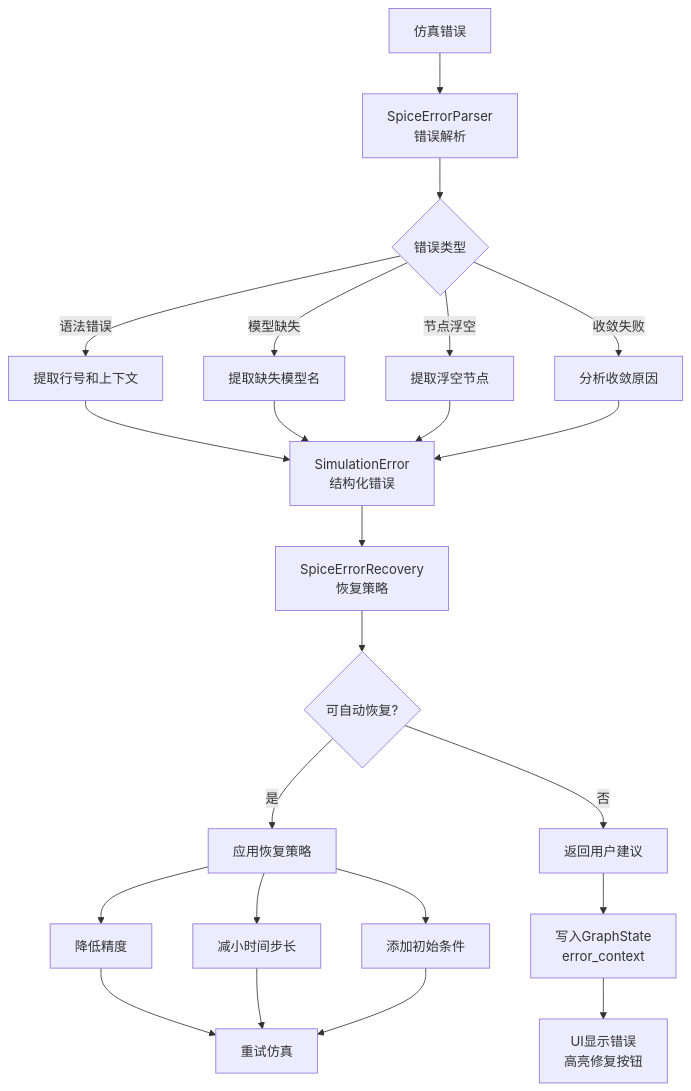
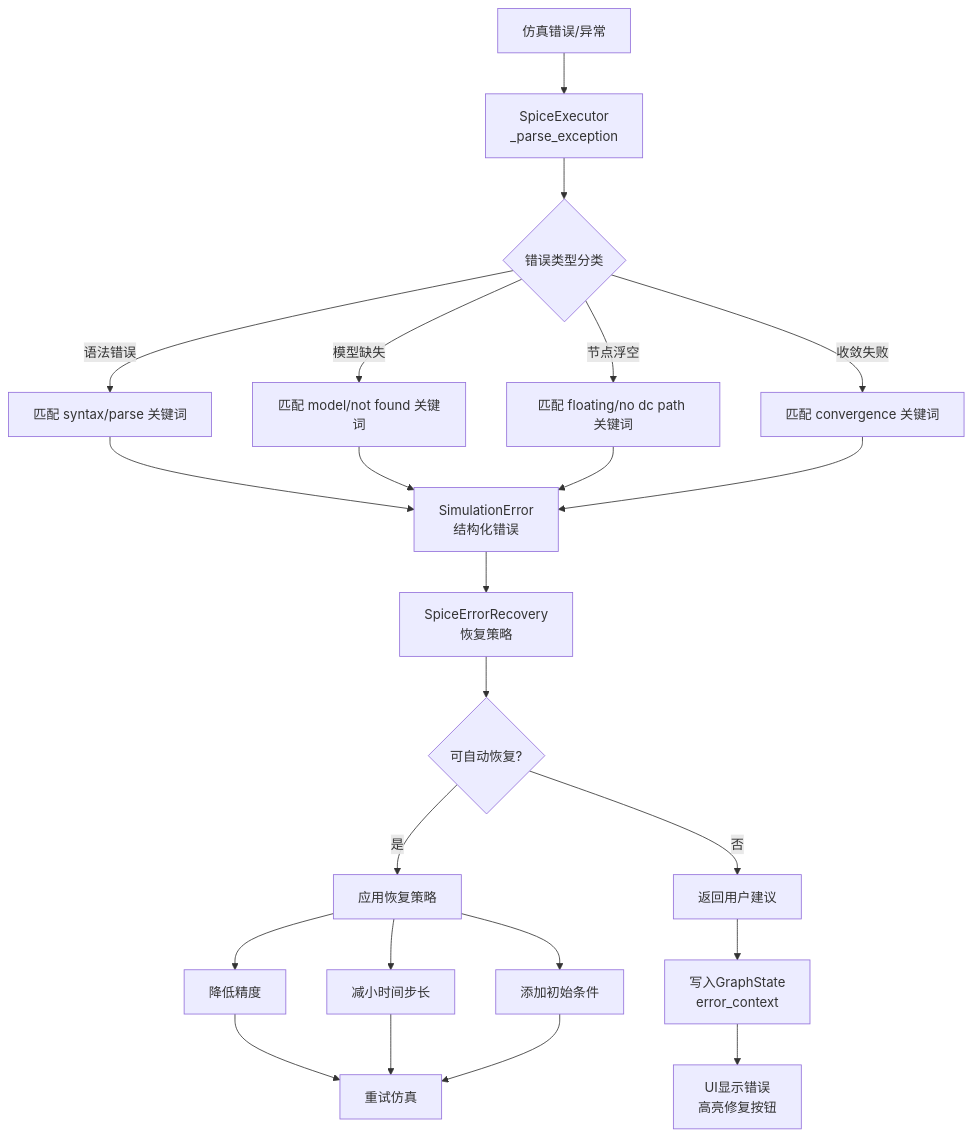
One commit to Wendystar0628/Circuit-Design-AI-Assistant changed diagram 29 of 43 in 开发阶段/项目架构图.md. Above: the diagram before and after it, drawn with Mermaid. The commit also changed other lines of this file and 2 other files, not shown here.

Commit message:
refactor: integrate error parsing into SpiceExecutor, remove SpiceErrorParser design

````diff
--- a/开发阶段/项目架构图.md
+++ b/开发阶段/项目架构图.md
@@ -1482,34 +1482,34 @@
 ```mermaid
 flowchart TB
-    ERROR[仿真错误] --> PARSE[SpiceErrorParser<br/>错误解析]
+    ERROR[仿真错误/异常] --> PARSE[SpiceExecutor<br/>_parse_exception]
     
-    PARSE --> TYPE{错误类型}
+    PARSE --> TYPE{错误类型分类}
     
-    TYPE -->|语法错误| SYN[提取行号和上下文]
-    TYPE -->|模型缺失| MOD[提取缺失模型名]
-    TYPE -->|节点浮空| NODE[提取浮空节点]
-    TYPE -->|收敛失败| CONV[分析收敛原因]
+    TYPE -->|语法错误| SYN[匹配 syntax/parse 关键词]
+    TYPE -->|模型缺失| MOD[匹配 model/not found 关键词]
+    TYPE -->|节点浮空| NODE[匹配 floating/no dc path 关键词]
+    TYPE -->|收敛失败| CONV[匹配 convergence 关键词]
     
     SYN --> SE[SimulationError<br/>结构化错误]
     MOD --> SE
     NODE --> SE
     CONV --> SE
     
     SE --> REC[SpiceErrorRecovery<br/>恢复策略]
     
     REC --> CHECK{可自动恢复?}
     
     CHECK -->|是| AUTO[应用恢复策略]
     CHECK -->|否| USER[返回用户建议]
     
     AUTO --> REDUCE[降低精度]
     AUTO --> STEP[减小时间步长]
     AUTO --> INIT[添加初始条件]
     
     REDUCE --> RETRY[重试仿真]
     STEP --> RETRY
     INIT --> RETRY
     
     USER --> GS[写入GraphState<br/>error_context]
     GS --> UI[UI显示错误<br/>高亮修复按钮]
 ```
````
